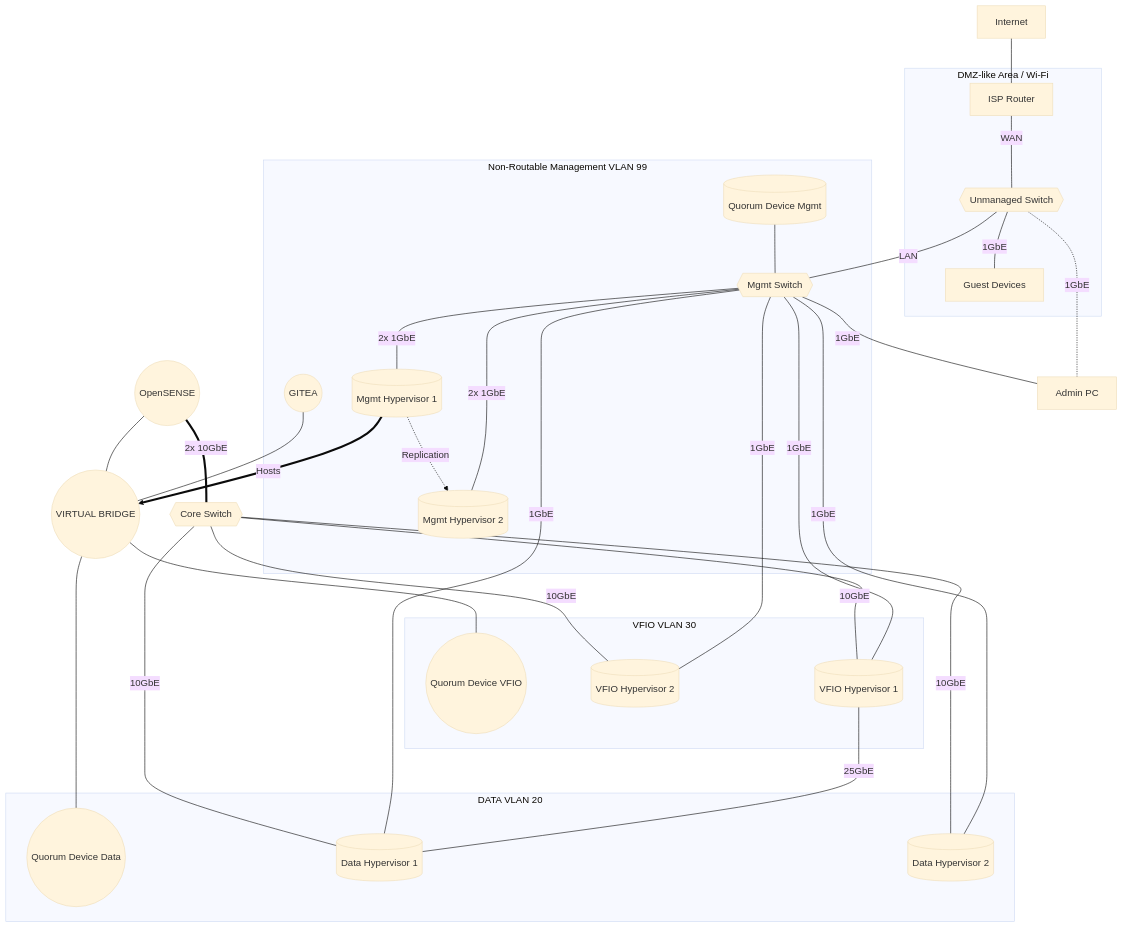
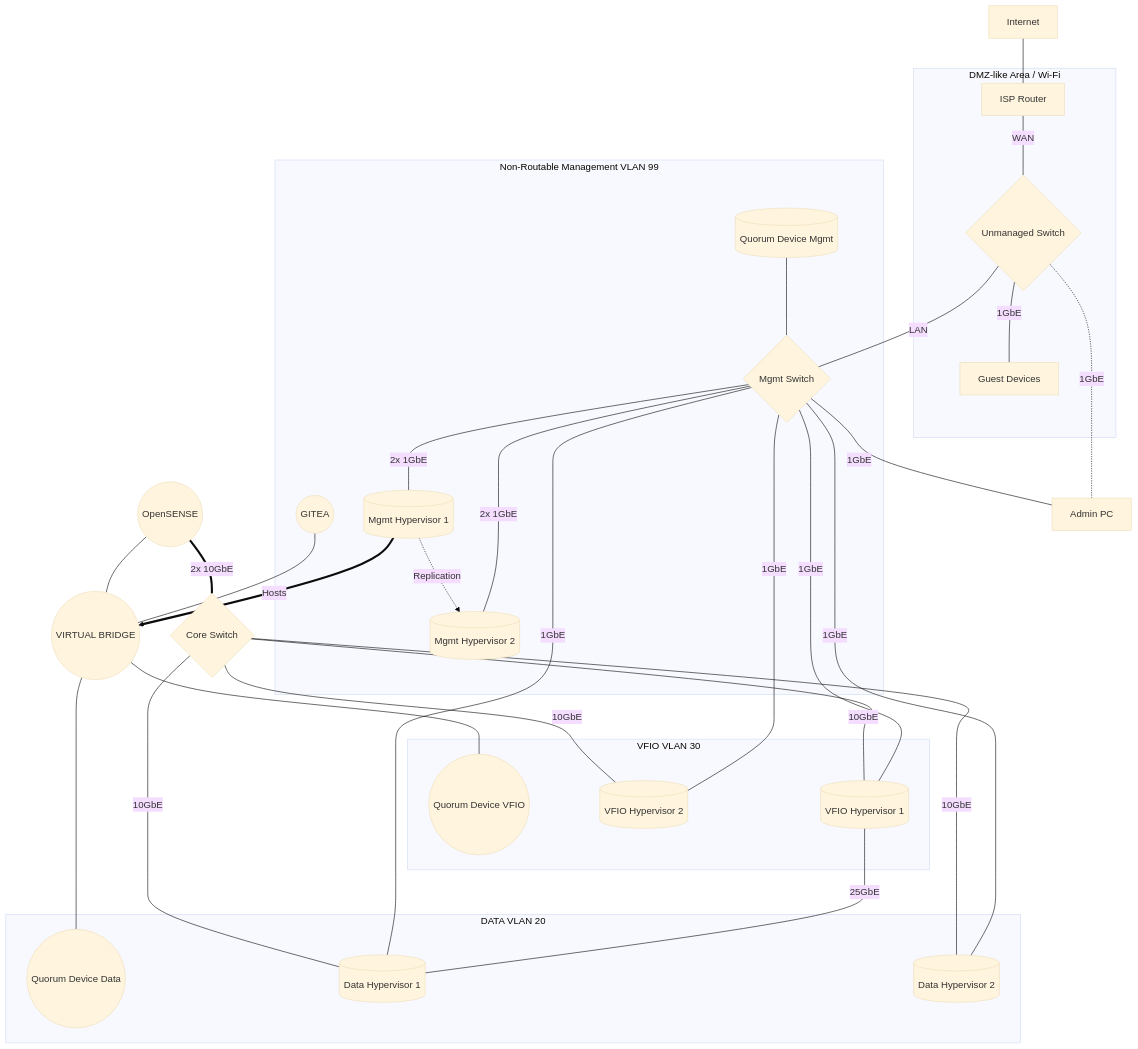
Before and after one commit to woeiru/lab: the diagram in arc/net1.md, drawn with Mermaid (base theme).

````diff
--- a/arc/net1.md
+++ b/arc/net1.md
@@ -3,51 +3,51 @@
 ```mermaid
 graph TD
     INT[Internet] --- ISPR[ISP Router]
-    ISPR ---|WAN| US{{Unmanaged Switch}}
-    US ---|LAN| MS{{Mgmt Switch}}
+    ISPR ---|WAN| US{Unmanaged Switch}
+    US ---|LAN| MS{Mgmt Switch}
     MS ---|2x 1GbE| MH1[(Mgmt Hypervisor 1)]
     MH1 -.->|Replication| MH2[(Mgmt Hypervisor 2)]
     MS ---|2x 1GbE| MH2
     OPN((OpenSENSE)) --- VB((VIRTUAL BRIDGE))
     GIT((GITEA)) --- VB
     VB --- QDV((Quorum Device VFIO))
     VB --- QDD((Quorum Device Data))
-    OPN ===|2x 10GbE| CS{{Core Switch}}
+    OPN ===|2x 10GbE| CS{Core Switch}
     QDM[(Quorum Device Mgmt)] --- MS
     MS ---|1GbE| APC[Admin PC]
     APC -.-|1GbE| US
     MH1 ==>|Hosts| VB
     CS ---|10GbE| VH2[(VFIO Hypervisor 2)]
     MS ---|1GbE| VH2
     US ---|1GbE| GD[Guest Devices]
     CS ---|10GbE| VH1[(VFIO Hypervisor 1)]
     MS ---|1GbE| VH1
     CS ---|10GbE| DH1[(Data Hypervisor 1)]
     MS ---|1GbE| DH1
     CS ---|10GbE| DH2[(Data Hypervisor 2)]
     MS ---|1GbE| DH2
     VH1 ---|25GbE| DH1
     subgraph VLAN20 [DATA VLAN 20]
         DH1
         DH2
         QDD
     end
     subgraph VLAN30 [VFIO VLAN 30]
         VH1
         VH2
         QDV
     end
     subgraph VLAN99 [Non-Routable Management VLAN 99]
         MS
         MH1
         MH2
         GIT
         QDM
     end
     subgraph DMZ [DMZ-like Area / Wi-Fi]
         ISPR
         GD
         US
     end
 
 ```
````
